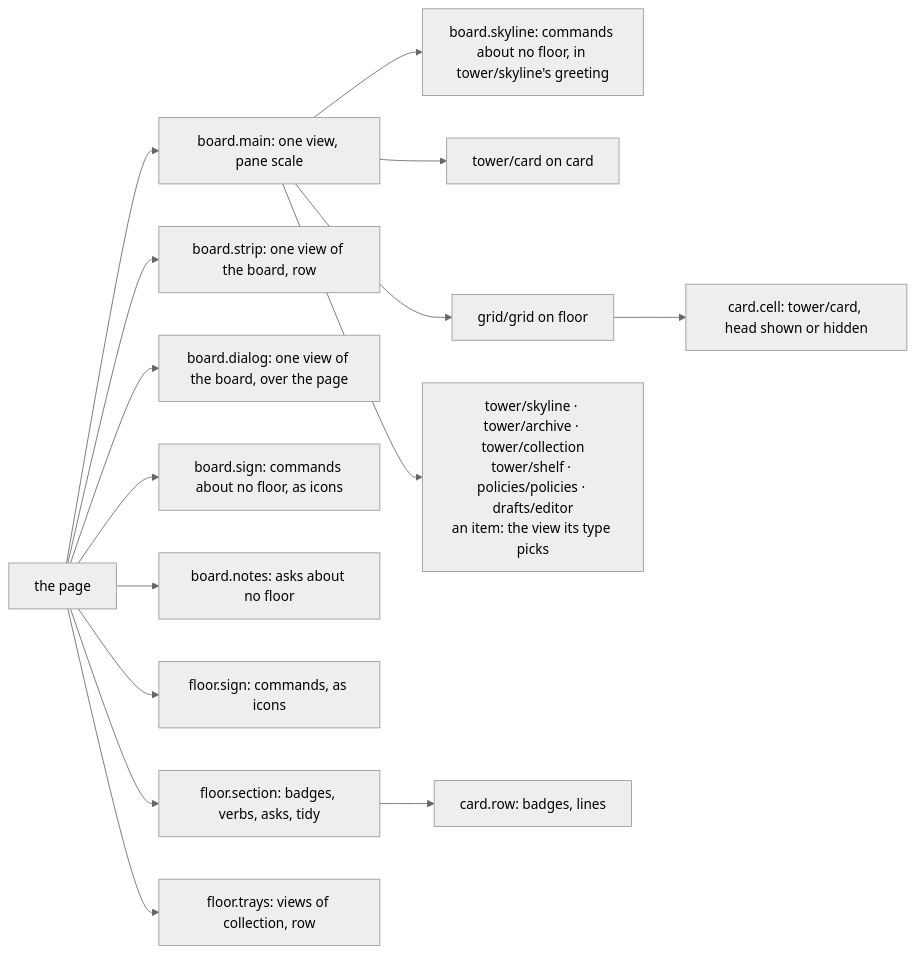
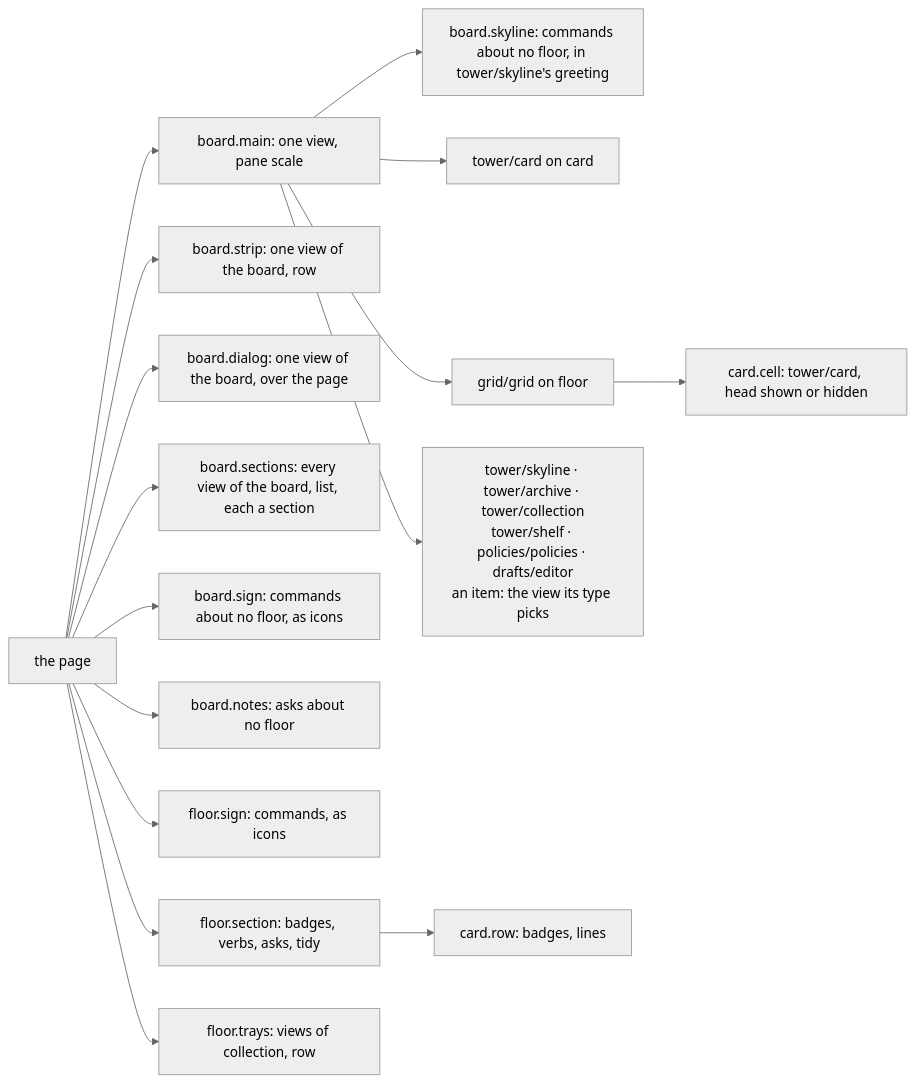
The second of 4 diagrams in kb/entities/decisions/ui-model.md (RegiByte/the-tower), drawn with Mermaid (neutral theme) before and after one commit. The commit also changed other lines of this file and 24 other files, not shown here.

````diff
--- a/kb/entities/decisions/ui-model.md
+++ b/kb/entities/decisions/ui-model.md
@@ -299,17 +299,18 @@
 ```mermaid
 flowchart LR
   board["the page"] --> main["board.main: one view, pane scale"]
   board --> strip["board.strip: one view of the board, row"]
   board --> dialog["board.dialog: one view of the board, over the page"]
+  board --> sections["board.sections: every view of the board, list, each a section"]
   board --> bsign["board.sign: commands about no floor, as icons"]
   main --> sky["board.skyline: commands about no floor, in tower/skyline's greeting"]
   board --> notes["board.notes: asks about no floor"]
   board --> sign["floor.sign: commands, as icons"]
   board --> fsec["floor.section: badges, verbs, asks, tidy"]
   fsec --> row["card.row: badges, lines"]
   board --> trays["floor.trays: views of collection, row"]
   main --> card["tower/card on card"]
   main --> grid["grid/grid on floor"]
   main --> others["tower/skyline · tower/archive · tower/collection<br/>tower/shelf · policies/policies · drafts/editor<br/>an item: the view its type picks"]
   grid --> cell["card.cell: tower/card, head shown or hidden"]
 ```
````
